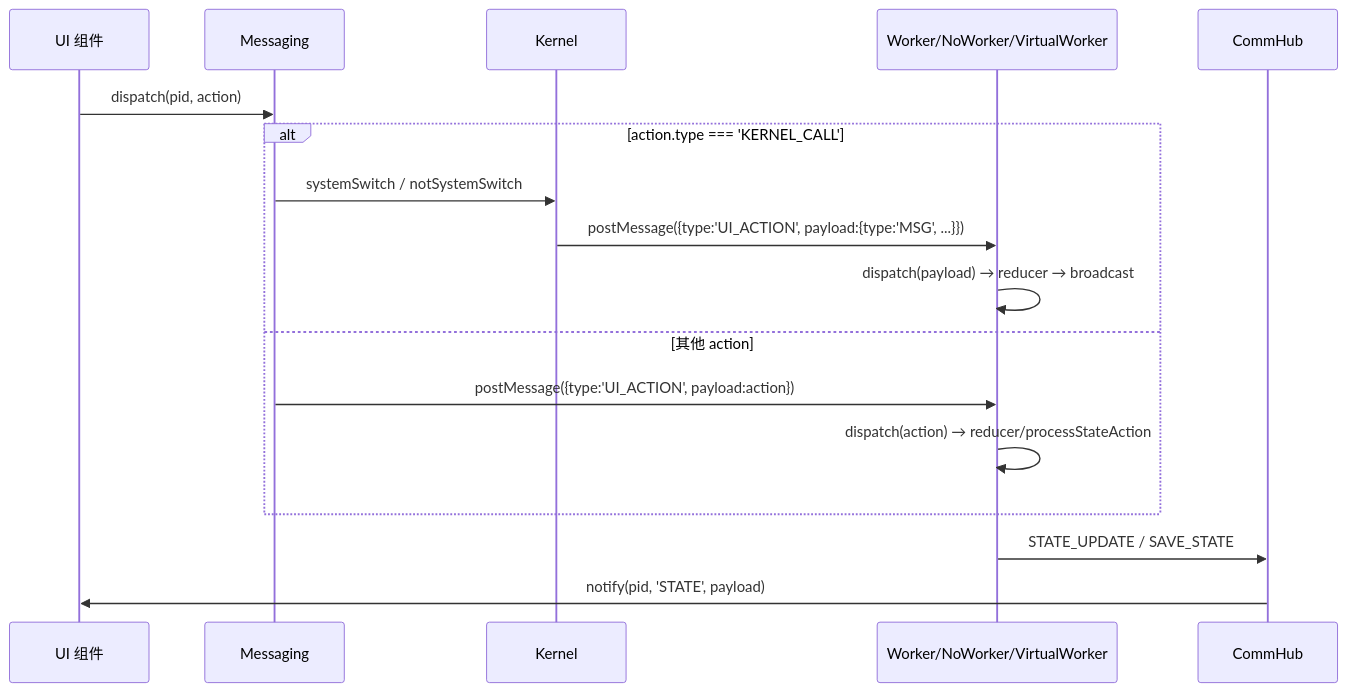
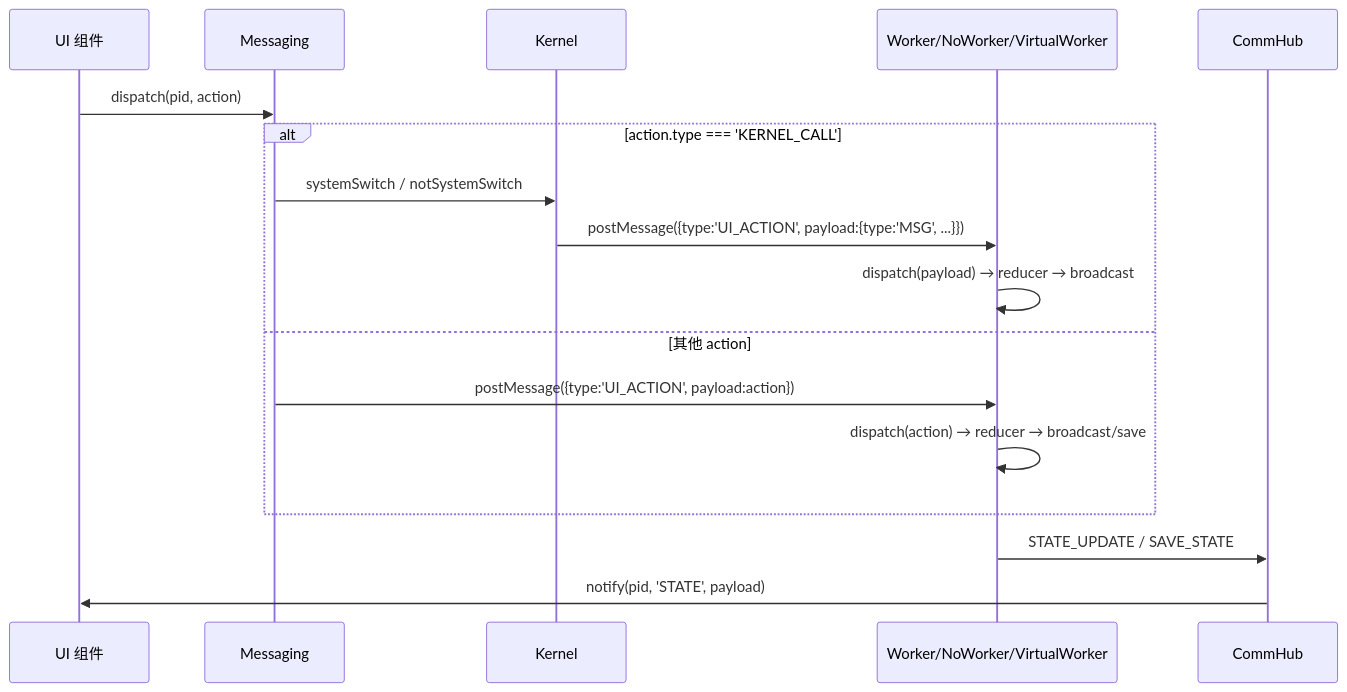
One commit to suluwanqing/sukinOS changed the second of 2 diagrams in docs/module/07-app-routing.md. Above: the diagram before and after it, drawn with Mermaid. The commit also changed other lines of this file and 70 other files, not shown here.

````diff
--- a/docs/module/07-app-routing.md
+++ b/docs/module/07-app-routing.md
@@ -523,22 +535,22 @@
 ```mermaid
 sequenceDiagram
     participant UI as UI 组件
     participant Msg as Messaging
     participant Kernel as Kernel
     participant Worker as Worker/NoWorker/VirtualWorker
     participant CommHub as CommHub
 
     UI->>Msg: dispatch(pid, action)
     
     alt action.type === 'KERNEL_CALL'
         Msg->>Kernel: systemSwitch / notSystemSwitch
         Kernel->>Worker: postMessage({type:'UI_ACTION', payload:{type:'MSG', ...}})
         Worker->>Worker: dispatch(payload) → reducer → broadcast
     else 其他 action
         Msg->>Worker: postMessage({type:'UI_ACTION', payload:action})
-        Worker->>Worker: dispatch(action) → reducer/processStateAction
+        Worker->>Worker: dispatch(action) → reducer → broadcast/save
     end
 
     Worker->>CommHub: STATE_UPDATE / SAVE_STATE
     CommHub->>UI: notify(pid, 'STATE', payload)
 ```
````
